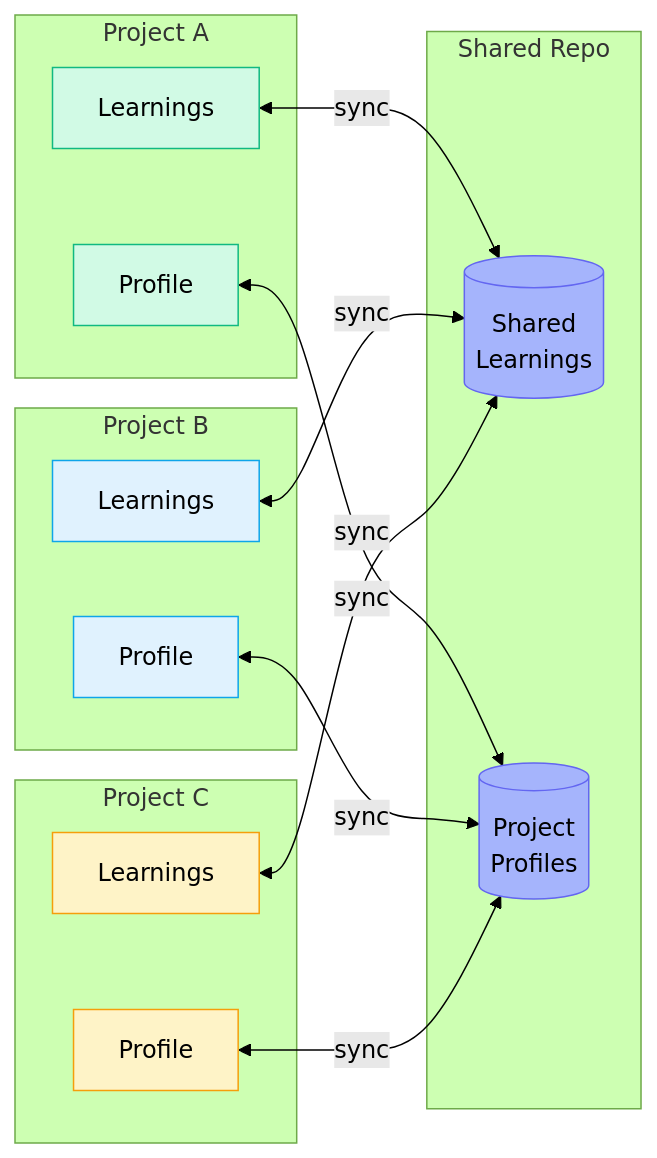
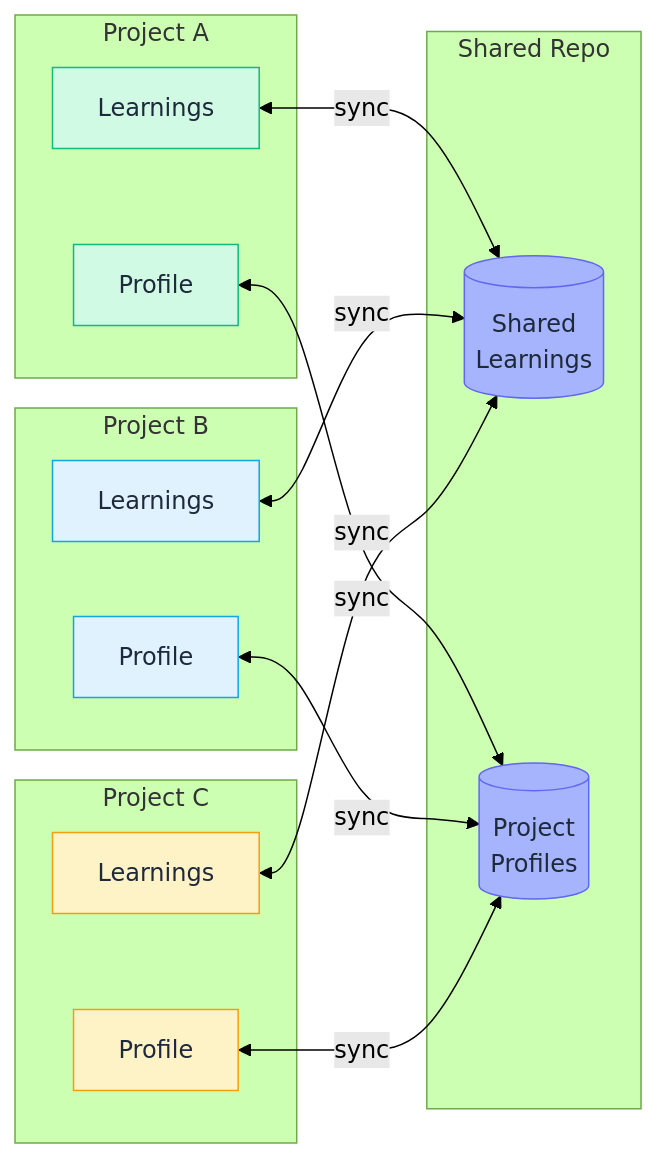
Before and after one commit to araserel/sigil-os: the third of 3 diagrams in README.md, drawn with Mermaid (forest theme). The commit also changed other lines of this file, not shown here.

Commit message:
fix: Dark mode text visibility in README Mermaid diagrams
Added explicit dark text color (#1e293b) to all styled nodes
in both flowchart diagrams. Without this, GitHub's dark mode
Mermaid theme renders light text on light pastel backgrounds.

````diff
--- a/README.md
+++ b/README.md
@@ -154,43 +154,43 @@
 ```mermaid
 ---
 config:
   layout: dagre
 ---
 flowchart LR
     subgraph Project A
         A1[Learnings]
         A2[Profile]
     end
 
     subgraph Project B
         B1[Learnings]
         B2[Profile]
     end
 
     subgraph Project C
         C1[Learnings]
         C2[Profile]
     end
 
     subgraph Shared Repo
         S1[("Shared<br>Learnings")]
         S2[("Project<br>Profiles")]
     end
 
     A1 <-->|sync| S1
     B1 <-->|sync| S1
     C1 <-->|sync| S1
 
     A2 <-->|sync| S2
     B2 <-->|sync| S2
     C2 <-->|sync| S2
 
-    style S1 fill:#a5b4fc,stroke:#6366f1
-    style S2 fill:#a5b4fc,stroke:#6366f1
-    style A1 fill:#d1fae5,stroke:#10b981
-    style A2 fill:#d1fae5,stroke:#10b981
-    style B1 fill:#e0f2fe,stroke:#0ea5e9
-    style B2 fill:#e0f2fe,stroke:#0ea5e9
-    style C1 fill:#fef3c7,stroke:#f59e0b
-    style C2 fill:#fef3c7,stroke:#f59e0b
+    style S1 fill:#a5b4fc,stroke:#6366f1,color:#1e293b
+    style S2 fill:#a5b4fc,stroke:#6366f1,color:#1e293b
+    style A1 fill:#d1fae5,stroke:#10b981,color:#1e293b
+    style A2 fill:#d1fae5,stroke:#10b981,color:#1e293b
+    style B1 fill:#e0f2fe,stroke:#0ea5e9,color:#1e293b
+    style B2 fill:#e0f2fe,stroke:#0ea5e9,color:#1e293b
+    style C1 fill:#fef3c7,stroke:#f59e0b,color:#1e293b
+    style C2 fill:#fef3c7,stroke:#f59e0b,color:#1e293b
 ```
````
